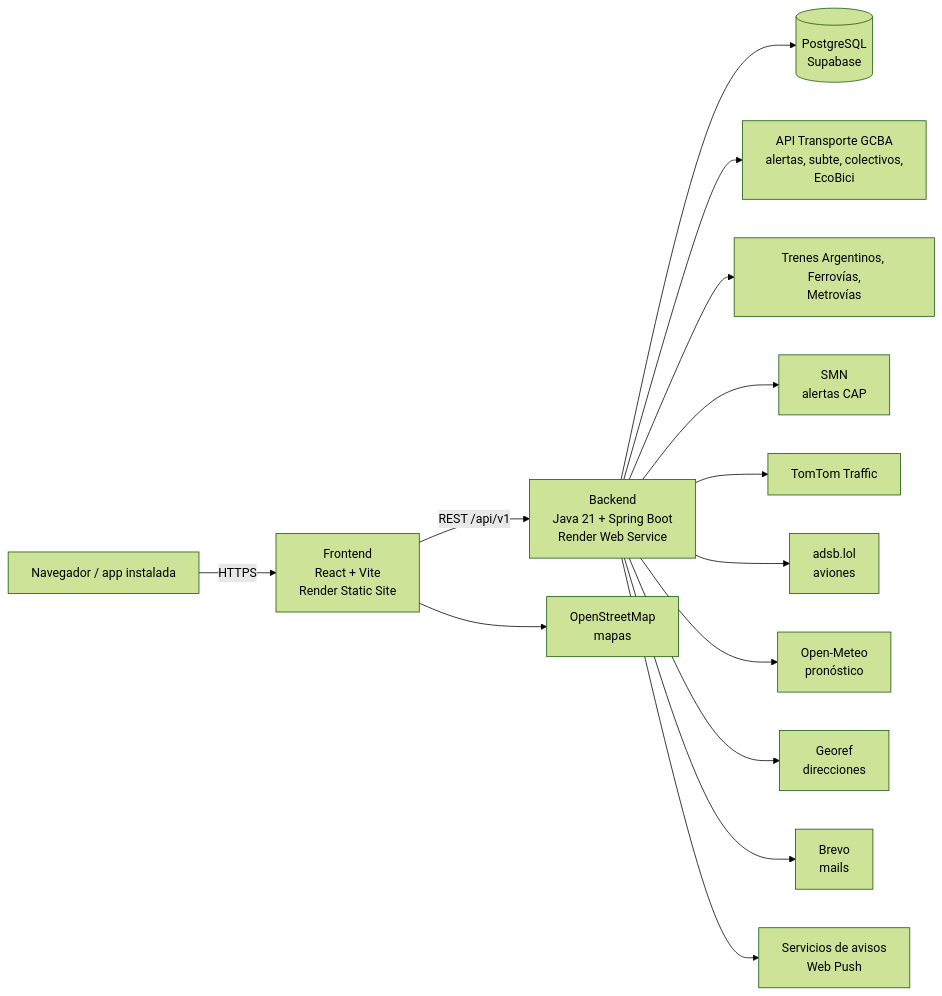
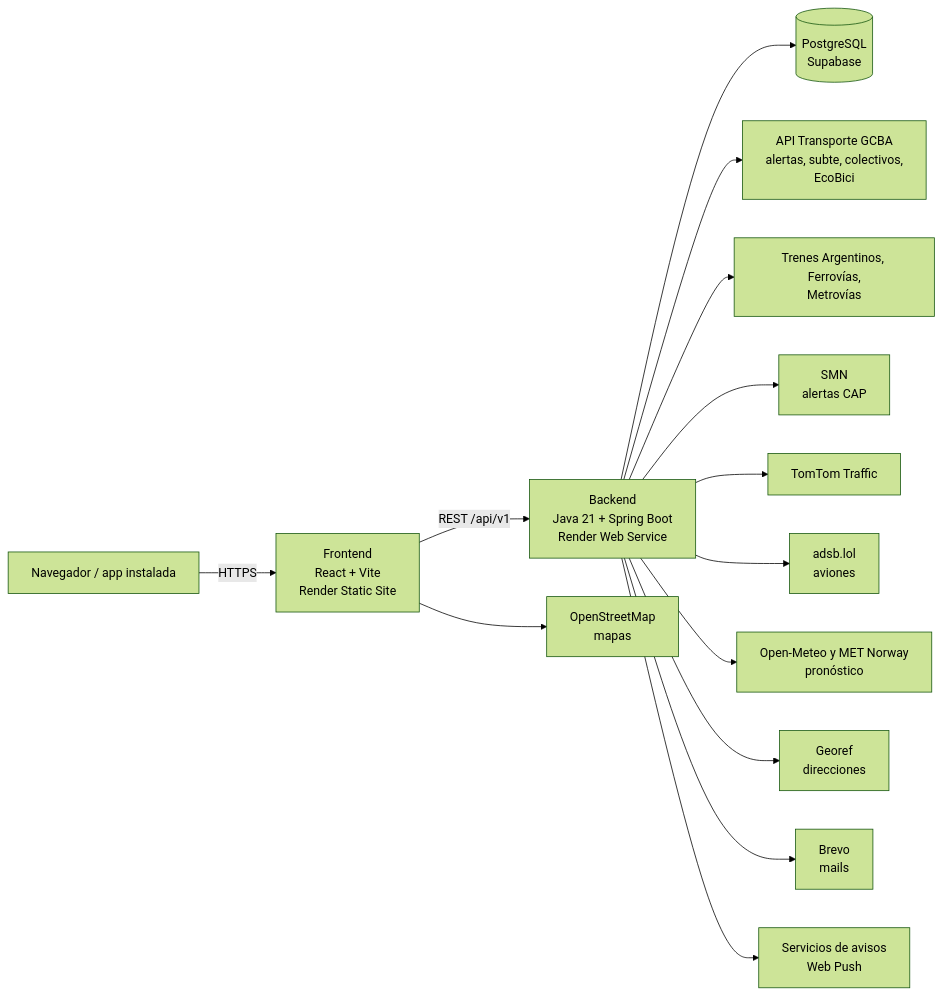
Before and after one commit to guilleguevara245/ba-transit: the diagram in README.md, drawn with Mermaid (forest theme). The commit also changed other lines of this file and 8 other files, not shown here.

First line of the commit message:
ba-transit v34.3: si open-meteo no responde, el pronostico sale de met norway

````diff
--- a/README.md
+++ b/README.md
@@ -109,16 +109,16 @@
 ```mermaid
 flowchart LR
     U[Navegador / app instalada] -->|HTTPS| F[Frontend<br>React + Vite<br>Render Static Site]
     F -->|REST /api/v1| B[Backend<br>Java 21 + Spring Boot<br>Render Web Service]
     B --> DB[(PostgreSQL<br>Supabase)]
     B --> T[API Transporte GCBA<br>alertas, subte, colectivos,<br>EcoBici]
     B --> TR[Trenes Argentinos, Ferrovías,<br>Metrovías]
     B --> SMN[SMN<br>alertas CAP]
     B --> TT[TomTom Traffic]
     B --> AD[adsb.lol<br>aviones]
-    B --> OM[Open-Meteo<br>pronóstico]
+    B --> OM[Open-Meteo y MET Norway<br>pronóstico]
     B --> GR[Georef<br>direcciones]
     B --> BR[Brevo<br>mails]
     B --> WP[Servicios de avisos<br>Web Push]
     F --> OSM[OpenStreetMap<br>mapas]
 ```
````
